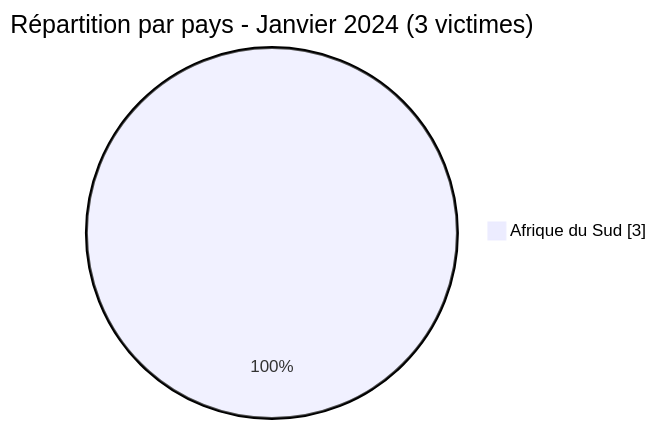
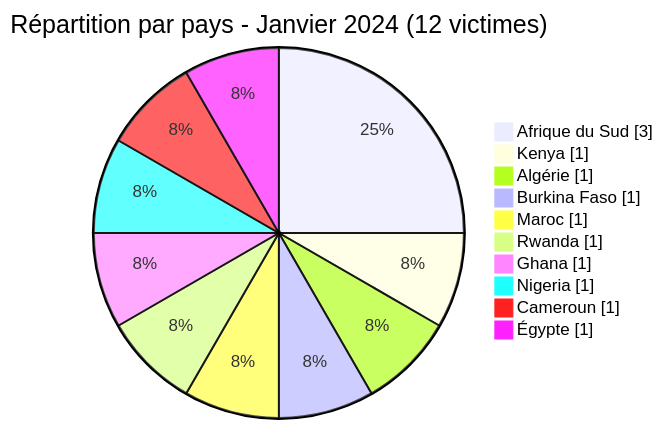
The second of 4 diagrams in CyberAttackAfrica/2024/01-january/README_FR.md (Hatchepsoute/AFRINTEL), drawn with Mermaid before and after one commit. The commit also changed other lines of this file and 255 other files, not shown here.

````diff
--- a/CyberAttackAfrica/2024/01-january/README_FR.md
+++ b/CyberAttackAfrica/2024/01-january/README_FR.md
@@ -52,5 +80,14 @@
 ```mermaid
 pie showData
-    title Répartition par pays - Janvier 2024 (3 victimes)
+    title Répartition par pays - Janvier 2024 (12 victimes)
     "Afrique du Sud" : 3
+    "Kenya" : 1
+    "Algérie" : 1
+    "Burkina Faso" : 1
+    "Maroc" : 1
+    "Rwanda" : 1
+    "Ghana" : 1
+    "Nigeria" : 1
+    "Cameroun" : 1
+    "Égypte" : 1
 ```
````
